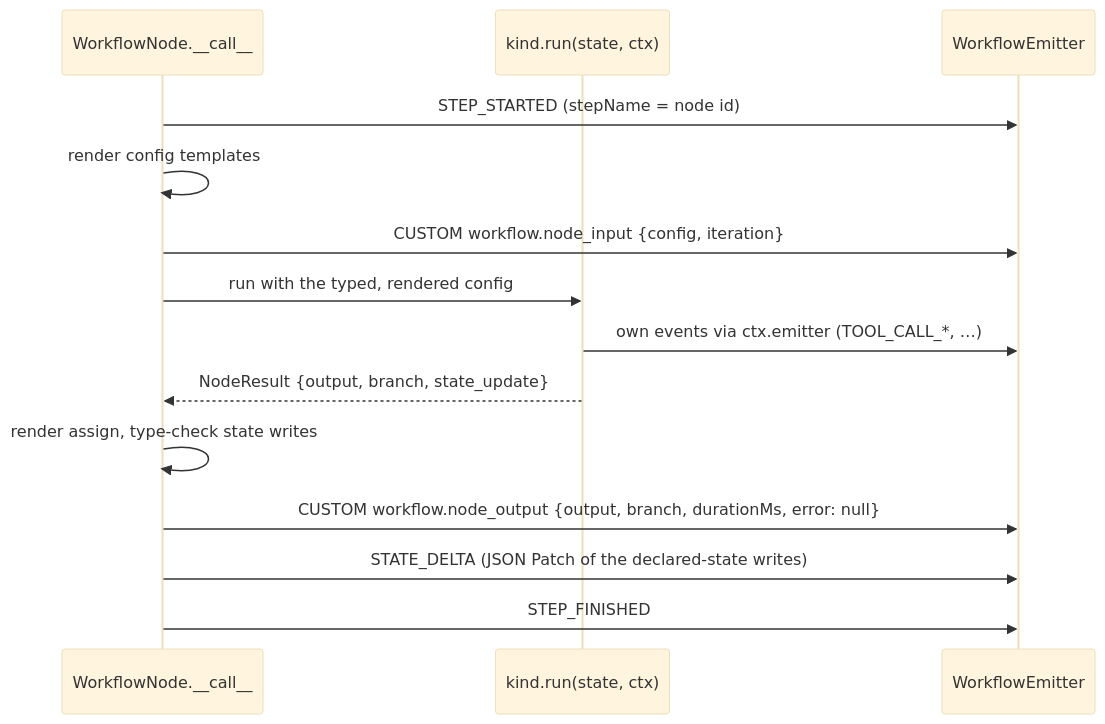
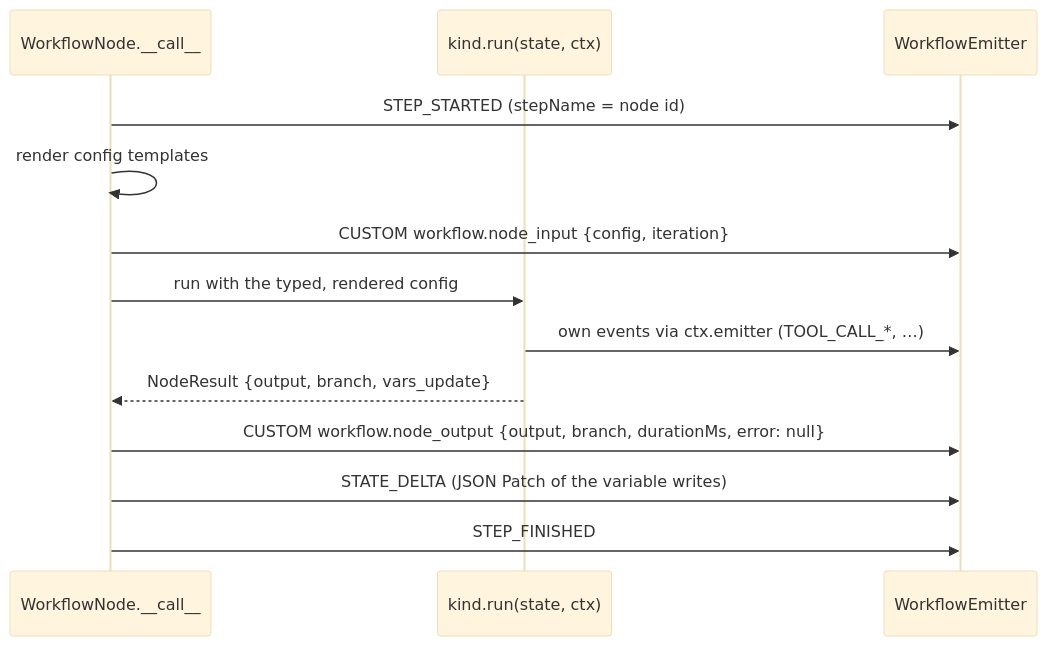
The third of 5 diagrams in docs/flows/workflows.md (konstantinosmpouros/mAgenticX), drawn with Mermaid (base theme) before and after one commit. The commit also changed other lines of this file and 64 other files, not shown here.

````diff
--- a/docs/flows/workflows.md
+++ b/docs/flows/workflows.md
@@ -275,17 +277,16 @@
 ```mermaid
 sequenceDiagram
     participant W as WorkflowNode.__call__
     participant N as kind.run(state, ctx)
     participant E as WorkflowEmitter
 
     W->>E: STEP_STARTED (stepName = node id)
     W->>W: render config templates
     W->>E: CUSTOM workflow.node_input {config, iteration}
     W->>N: run with the typed, rendered config
     N->>E: own events via ctx.emitter (TOOL_CALL_*, …)
-    N-->>W: NodeResult {output, branch, state_update}
-    W->>W: render assign, type-check state writes
+    N-->>W: NodeResult {output, branch, vars_update}
     W->>E: CUSTOM workflow.node_output {output, branch, durationMs, error: null}
-    W->>E: STATE_DELTA (JSON Patch of the declared-state writes)
+    W->>E: STATE_DELTA (JSON Patch of the variable writes)
     W->>E: STEP_FINISHED
 ```
````
